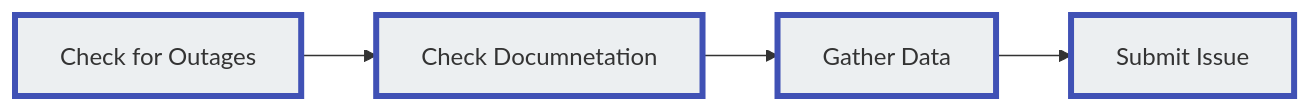
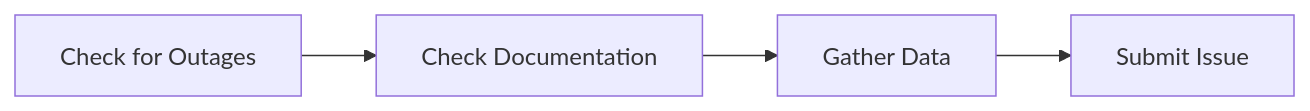
One commit to connexcs/docs changed the diagram in docs/reporting-problems.md. Above: the diagram before and after it, drawn with Mermaid.

Commit message:
Update reporting-problems.md
fix flow

````diff
--- a/docs/reporting-problems.md
+++ b/docs/reporting-problems.md
@@ -74,8 +74,4 @@
 ```mermaid
 graph LR
-A[Check for Outages] --> B[Check Documnetation] --> C[Gather Data] --> D[Submit Issue]
-style A fill:#ECEFF1,stroke:#4051b5,stroke-width:4px
-style B fill:#ECEFF1,stroke:#4051b5,stroke-width:4px
-style C fill:#ECEFF1,stroke:#4051b5,stroke-width:4px
-style D fill:#ECEFF1,stroke:#4051b5,stroke-width:4px
+A[Check for Outages] --> B[Check Documentation] --> C[Gather Data] --> D[Submit Issue]
 ```
````
